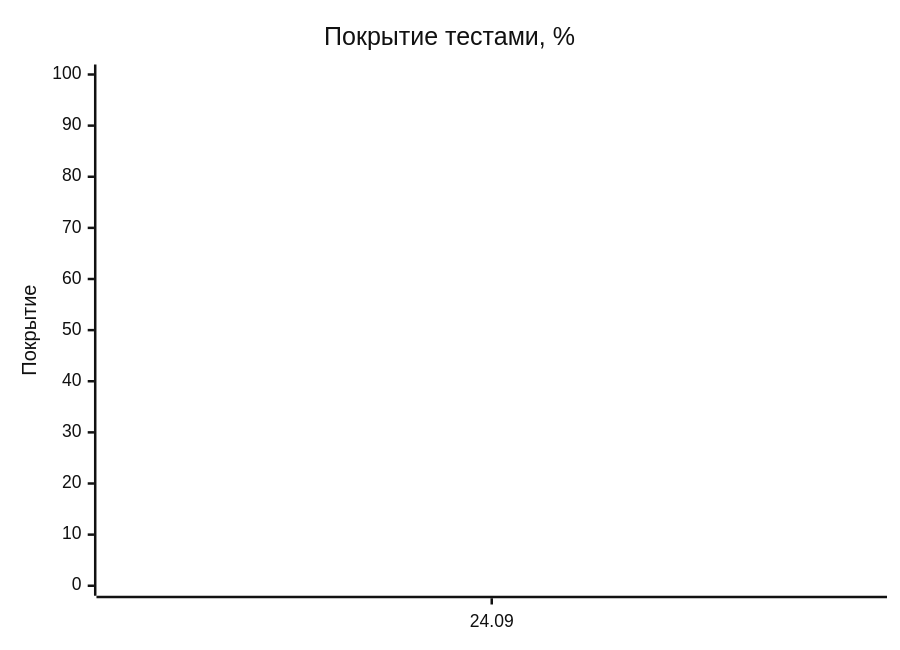
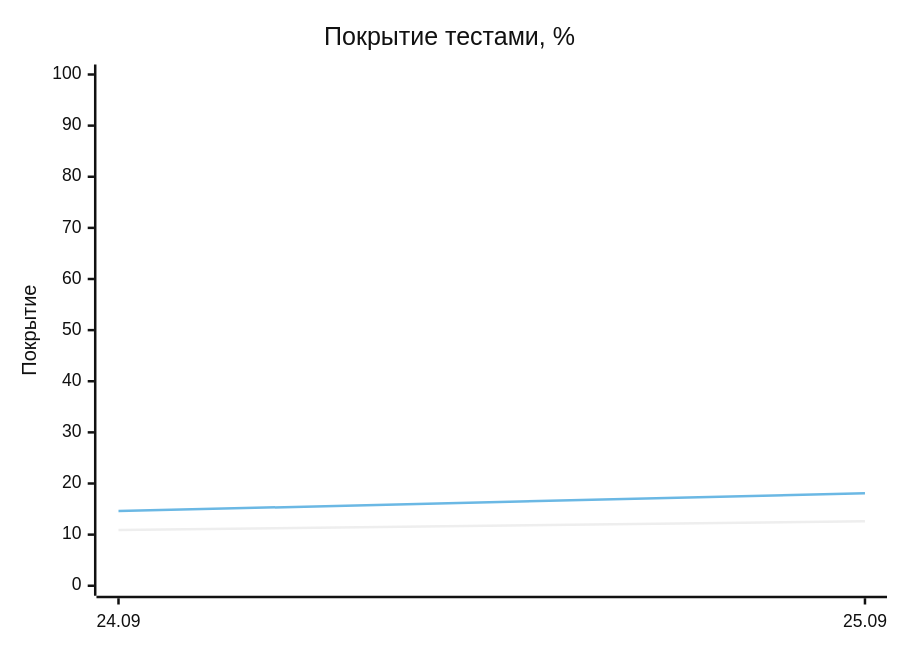
Before and after one commit to EvgeniBondarev/coverage-report: the diagram in README.md, drawn with Mermaid (neutral theme). The commit also changed other lines of this file and 2730 other files, not shown here.

````diff
--- a/README.md
+++ b/README.md
@@ -19,8 +19,8 @@
 ```mermaid
 xychart-beta
     title "Покрытие тестами, %"
-    x-axis ["24.09"]
+    x-axis ["24.09", "25.09"]
     y-axis "Покрытие" 0 --> 100
-    line [10.9]
-    line [14.6]
+    line [10.9, 12.6]
+    line [14.6, 18.1]
 ```
````
